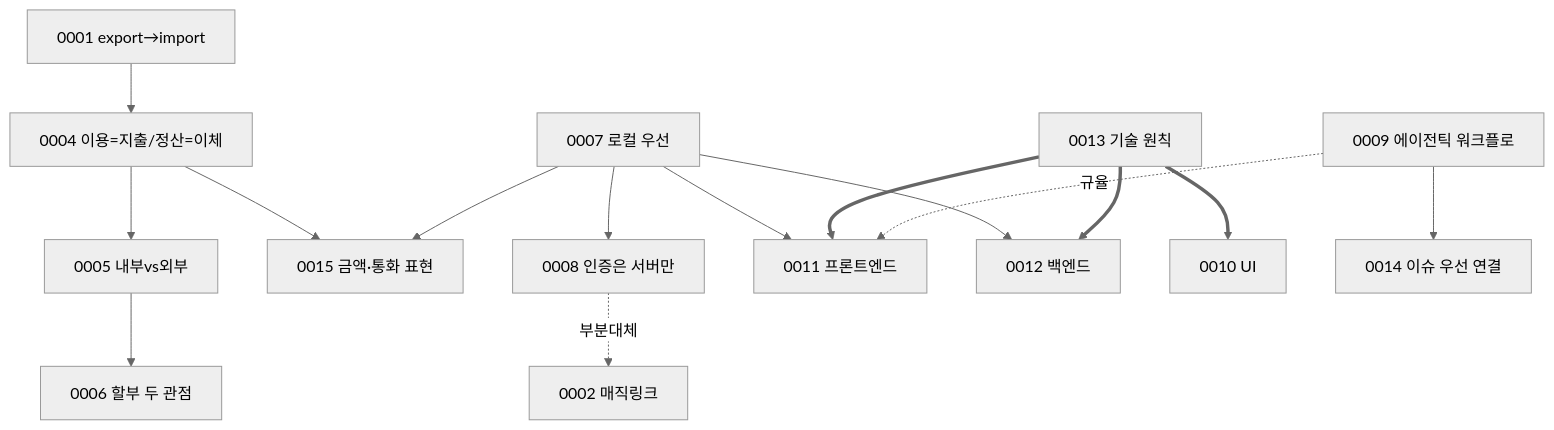
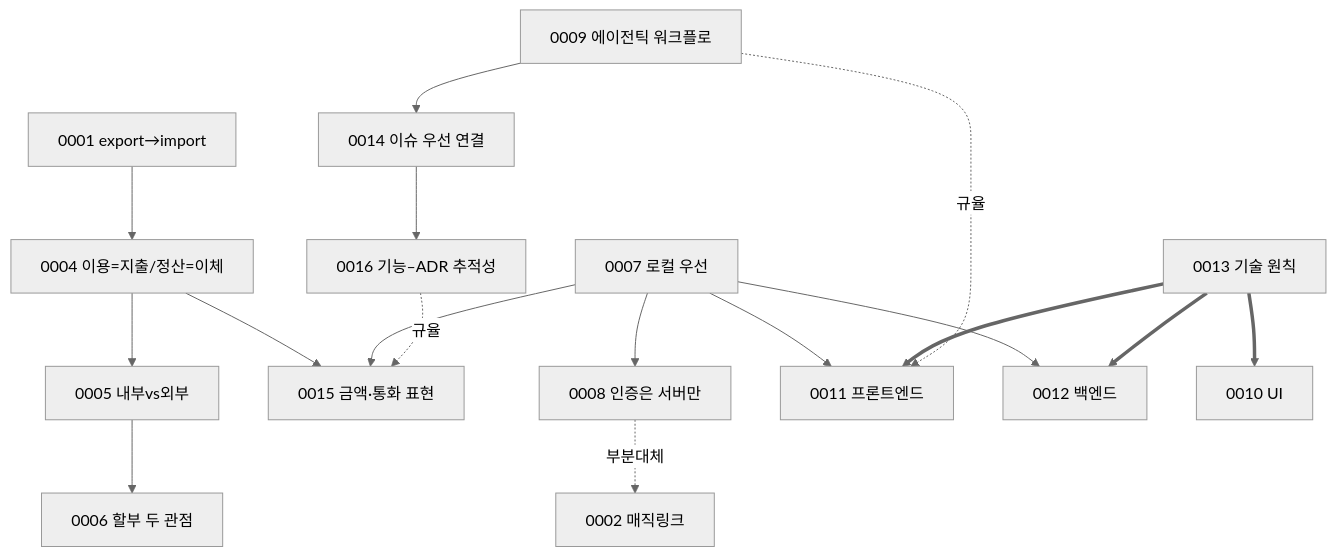
Before and after one commit to htcmw/kakebo: the diagram in docs/decisions/README.md, drawn with Mermaid (neutral theme). The commit also changed other lines of this file and 2 other files, not shown here.

First line of the commit message:
docs(adr): 기능-ADR 추적성 규칙 채택 (ADR-0016)

````diff
--- a/docs/decisions/README.md
+++ b/docs/decisions/README.md
@@ -19,16 +19,18 @@
 ```mermaid
 graph TD
   A1[0001 export→import] --> F4[0004 이용=지출/정산=이체]
   F4 --> F5[0005 내부vs외부] --> F6[0006 할부 두 관점]
   F4 --> F15[0015 금액·통화 표현]
   R7[0007 로컬 우선] --> R8[0008 인증은 서버만]
   R7 --> F15
   R7 --> T11[0011 프론트엔드]
   R7 --> T12[0012 백엔드]
   R8 -. 부분대체 .-> R2[0002 매직링크]
   T13[0013 기술 원칙] ==> T10[0010 UI]
   T13 ==> T11
   T13 ==> T12
   M9[0009 에이전틱 워크플로] -. 규율 .-> T11
   M9 --> M14[0014 이슈 우선 연결]
+  M14 --> M16[0016 기능–ADR 추적성]
+  M16 -. 규율 .-> F15
 ```
````
